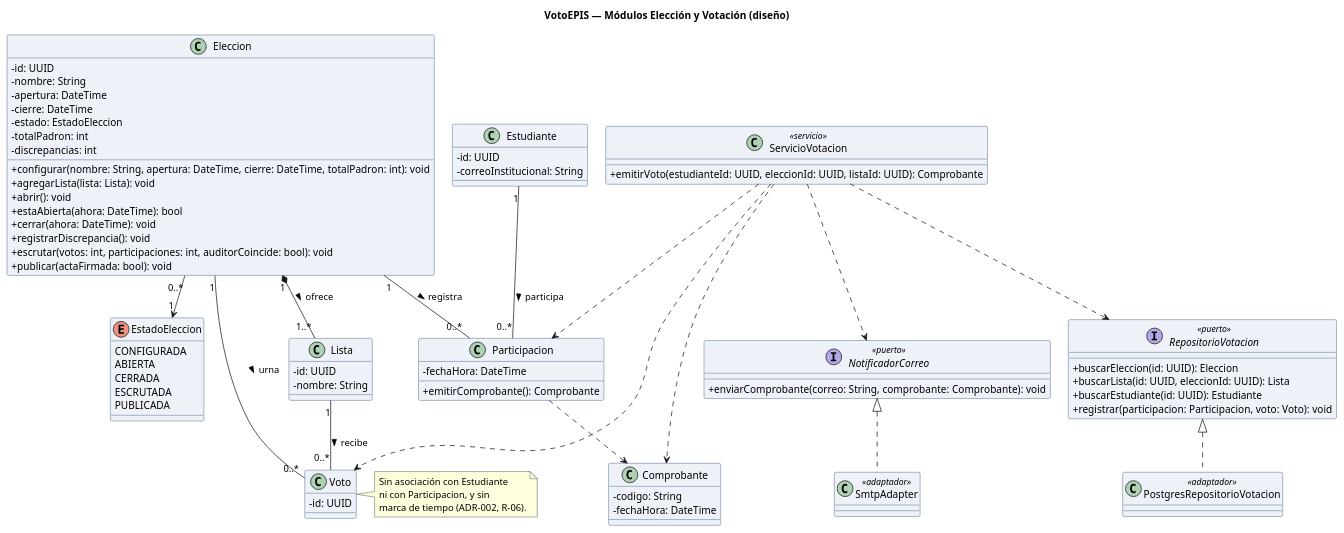
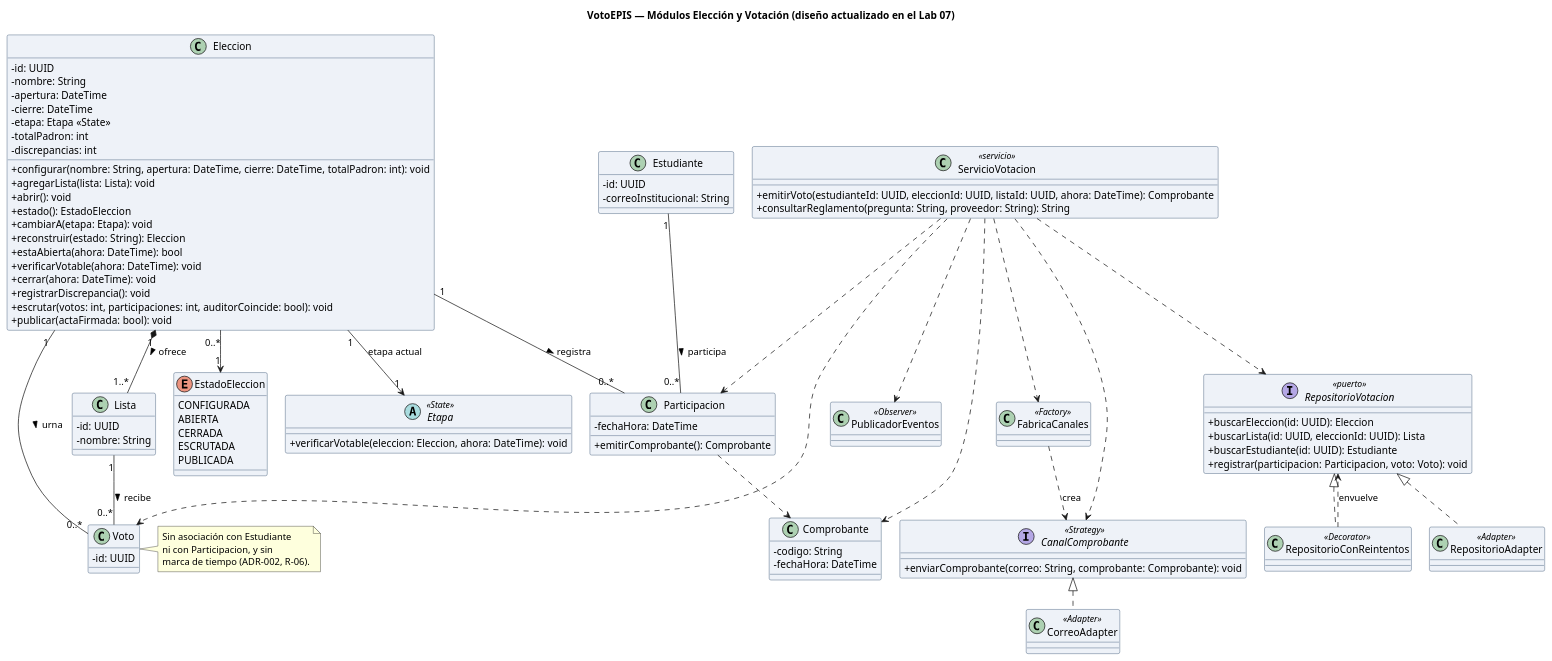
One commit to Echo104/cs-2026b-lab04-grupo05 changed the diagram in docs/design/clases.puml. Above: the diagram before and after it, drawn with PlantUML. The commit also changed 16 other files, not shown here.

Commit message:
E7. Diagramas como código y bitácora

```diff
--- a/docs/design/clases.puml
+++ b/docs/design/clases.puml
@@ -1,89 +1,106 @@
 @startuml clases-votacion
 skinparam classAttributeIconSize 0
 skinparam shadowing false
 skinparam defaultFontName Arial
 skinparam classBackgroundColor #EEF2F8
 skinparam classBorderColor #1A3A5C
-title VotoEPIS — Módulos Elección y Votación (diseño)
+title VotoEPIS — Módulos Elección y Votación (diseño actualizado en el Lab 07)
 skinparam nodesep 25
 skinparam ranksep 40
 
 class Estudiante {
   - id: UUID
   - correoInstitucional: String
 }
 class Eleccion {
   - id: UUID
   - nombre: String
   - apertura: DateTime
   - cierre: DateTime
-  - estado: EstadoEleccion
+  - etapa: Etapa <<State>>
   - totalPadron: int
   - discrepancias: int
   + configurar(nombre: String, apertura: DateTime, cierre: DateTime, totalPadron: int): void
   + agregarLista(lista: Lista): void
   + abrir(): void
+  + estado(): EstadoEleccion
+  + cambiarA(etapa: Etapa): void
+  + reconstruir(estado: String): Eleccion
   + estaAbierta(ahora: DateTime): bool
+  + verificarVotable(ahora: DateTime): void
   + cerrar(ahora: DateTime): void
   + registrarDiscrepancia(): void
   + escrutar(votos: int, participaciones: int, auditorCoincide: bool): void
   + publicar(actaFirmada: bool): void
 }
 class Lista {
   - id: UUID
   - nombre: String
 }
 enum EstadoEleccion {
   CONFIGURADA
   ABIERTA
   CERRADA
   ESCRUTADA
   PUBLICADA
 }
 class Participacion {
   - fechaHora: DateTime
   + emitirComprobante(): Comprobante
 }
 class Voto {
   - id: UUID
 }
 class Comprobante {
   - codigo: String
   - fechaHora: DateTime
 }
-interface NotificadorCorreo <<puerto>> {
+interface CanalComprobante <<Strategy>> {
   + enviarComprobante(correo: String, comprobante: Comprobante): void
 }
 interface RepositorioVotacion <<puerto>> {
   + buscarEleccion(id: UUID): Eleccion
   + buscarLista(id: UUID, eleccionId: UUID): Lista
   + buscarEstudiante(id: UUID): Estudiante
   + registrar(participacion: Participacion, voto: Voto): void
 }
-class SmtpAdapter <<adaptador>>
-class PostgresRepositorioVotacion <<adaptador>>
+class CorreoAdapter <<Adapter>>
+class RepositorioAdapter <<Adapter>>
+class RepositorioConReintentos <<Decorator>>
+class FabricaCanales <<Factory>>
+class PublicadorEventos <<Observer>>
+abstract class Etapa <<State>> {
+  + verificarVotable(eleccion: Eleccion, ahora: DateTime): void
+}
 class ServicioVotacion <<servicio>> {
-  + emitirVoto(estudianteId: UUID, eleccionId: UUID, listaId: UUID): Comprobante
+  + emitirVoto(estudianteId: UUID, eleccionId: UUID, listaId: UUID, ahora: DateTime): Comprobante
+  + consultarReglamento(pregunta: String, proveedor: String): String
 }
 
 Eleccion "1" *-- "1..*" Lista : ofrece >
 Estudiante "1" -- "0..*" Participacion : participa >
 Eleccion "1" -- "0..*" Participacion : registra >
 Eleccion "1" -- "0..*" Voto : urna >
 Lista "1" -- "0..*" Voto : recibe >
 Eleccion "0..*" --> "1" EstadoEleccion
-NotificadorCorreo <|.. SmtpAdapter
-RepositorioVotacion <|.. PostgresRepositorioVotacion
+CanalComprobante <|.. CorreoAdapter
+RepositorioVotacion <|.. RepositorioAdapter
+RepositorioVotacion <|.. RepositorioConReintentos
+RepositorioConReintentos ..> RepositorioVotacion : envuelve
+FabricaCanales ..> CanalComprobante : crea
+Eleccion "1" --> "1" Etapa : etapa actual
+ServicioVotacion ..> FabricaCanales
+ServicioVotacion ..> PublicadorEventos
 Participacion ..> Comprobante
 ServicioVotacion ..> Participacion
 ServicioVotacion ..> Voto
 ServicioVotacion ..> Comprobante
 ServicioVotacion ..> RepositorioVotacion
-ServicioVotacion ..> NotificadorCorreo
+ServicioVotacion ..> CanalComprobante
 
 note right of Voto
   Sin asociación con Estudiante
   ni con Participacion, y sin
   marca de tiempo (ADR-002, R-06).
 end note
 @enduml
```
